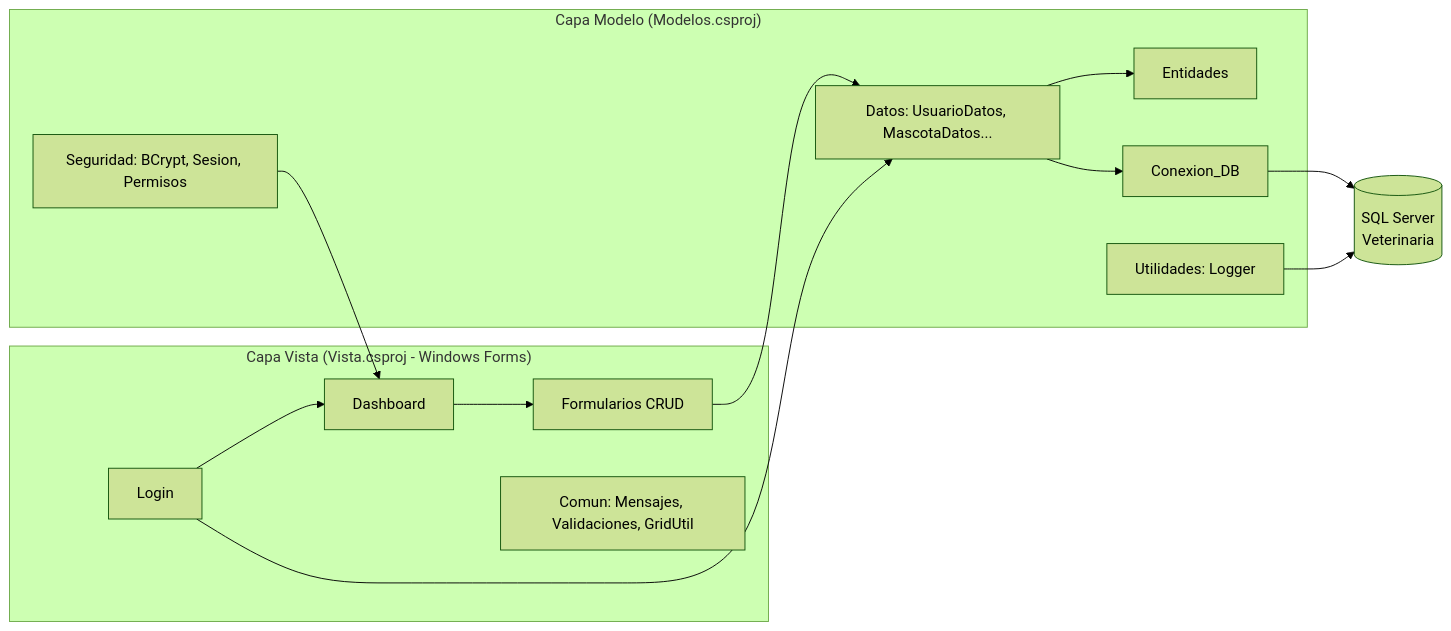
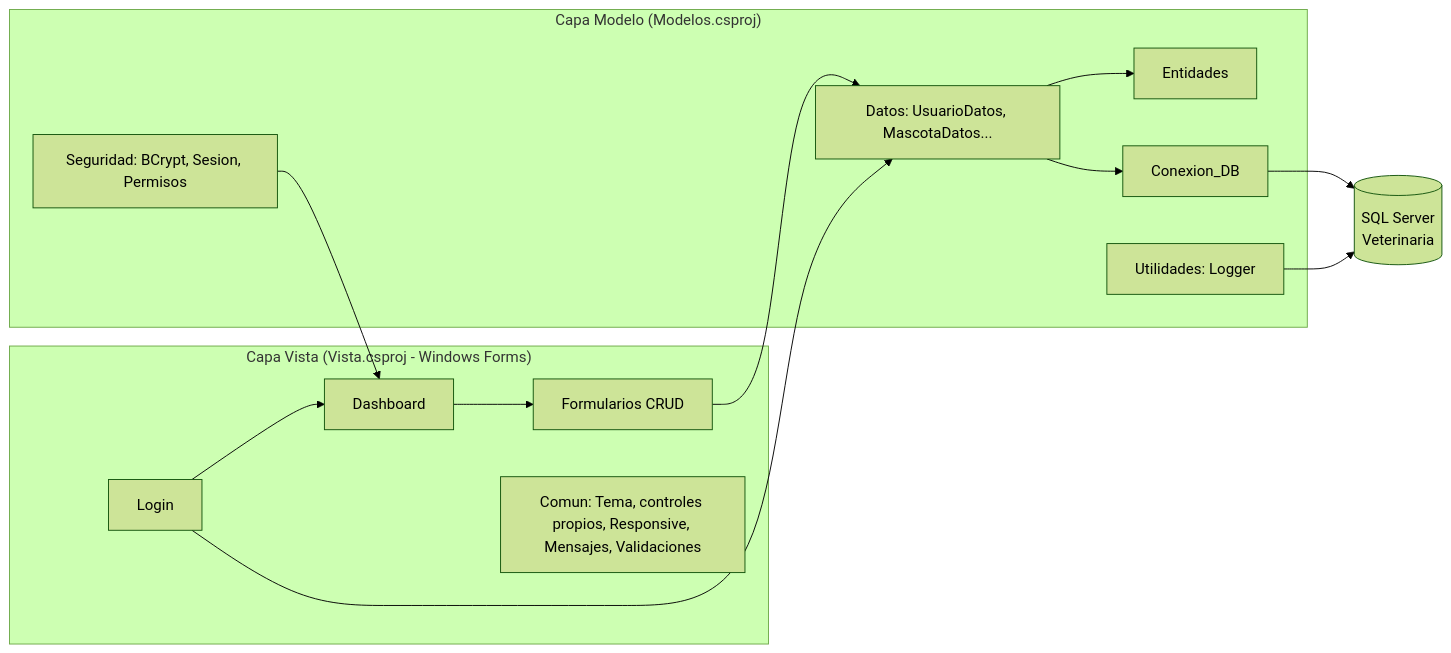
One commit to lefusotf/Juan changed the first of 3 diagrams in Documentacion/Documentacion.md. Above: the diagram before and after it, drawn with Mermaid (forest theme). The commit also changed other lines of this file and 31 other files, not shown here.

````diff
--- a/Documentacion/Documentacion.md
+++ b/Documentacion/Documentacion.md
@@ -103,22 +103,22 @@
 ```mermaid
 flowchart LR
     subgraph Vista["Capa Vista (Vista.csproj - Windows Forms)"]
         L[Login] --> D[Dashboard]
         D --> F[Formularios CRUD]
-        C[Comun: Mensajes, Validaciones, GridUtil]
+        C[Comun: Tema, controles propios, Responsive, Mensajes, Validaciones]
     end
     subgraph Modelo["Capa Modelo (Modelos.csproj)"]
         DA[Datos: UsuarioDatos, MascotaDatos...]
         E[Entidades]
         S[Seguridad: BCrypt, Sesion, Permisos]
         LG[Utilidades: Logger]
         CX[Conexion_DB]
     end
     DB[(SQL Server<br/>Veterinaria)]
     F --> DA
     L --> DA
     DA --> CX --> DB
     DA --> E
     LG --> DB
     S --> D
 ```
````
